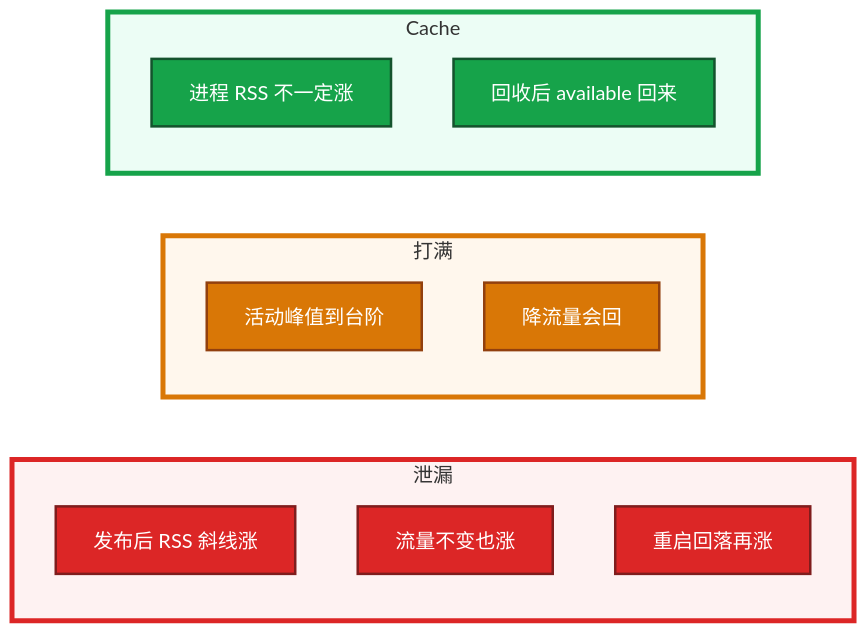
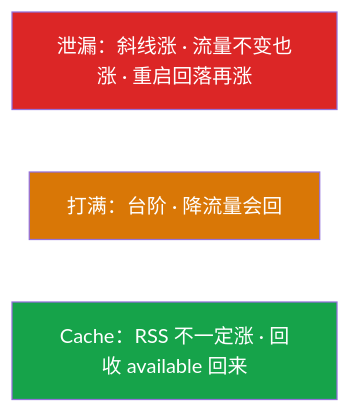
One commit to ml-cuizijun/LearnToLilith changed the third of 5 diagrams in 02-基础底座/04-内存与OOM/知识点.md. Above: the diagram before and after it, drawn with Mermaid. The commit also changed other lines of this file and 213 other files, not shown here.

````diff
--- a/02-基础底座/04-内存与OOM/知识点.md
+++ b/02-基础底座/04-内存与OOM/知识点.md
@@ -109,27 +95,13 @@
 ```mermaid
 flowchart LR
-    subgraph leak ["泄漏"]
-        l1[发布后 RSS 斜线涨]
-        l2[流量不变也涨]
-        l3[重启回落再涨]
-    end
-    subgraph cap ["打满"]
-        c1[活动峰值到台阶]
-        c2[降流量会回]
-    end
-    subgraph pc ["Cache"]
-        p1[进程 RSS 不一定涨]
-        p2[回收后 available 回来]
-    end
+    leak["泄漏：斜线涨 · 流量不变也涨 · 重启回落再涨"]
+    cap["打满：台阶 · 降流量会回"]
+    pc["Cache：RSS 不一定涨 · 回收 available 回来"]
 
-    classDef a fill:#DC2626,stroke:#7F1D1D,stroke-width:2px,color:#fff
-    classDef b fill:#D97706,stroke:#92400E,stroke-width:2px,color:#fff
-    classDef c fill:#16A34A,stroke:#14532D,stroke-width:2px,color:#fff
-    class l1,l2,l3 a
-    class c1,c2 b
-    class p1,p2 c
-
-    style leak fill:#FEF2F2,stroke:#DC2626,stroke-width:4px
-    style cap fill:#FFF7ED,stroke:#D97706,stroke-width:4px
-    style pc fill:#ECFDF5,stroke:#16A34A,stroke-width:4px
+    classDef a fill:#DC2626,color:#fff
+    classDef b fill:#D97706,color:#fff
+    classDef c fill:#16A34A,color:#fff
+    class leak a
+    class cap b
+    class pc c
 ```
````
